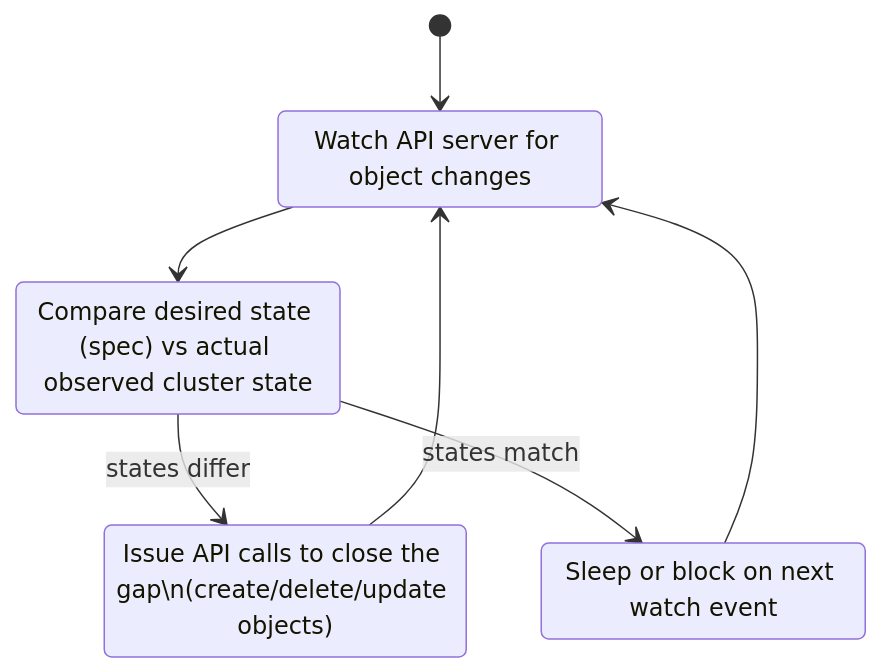
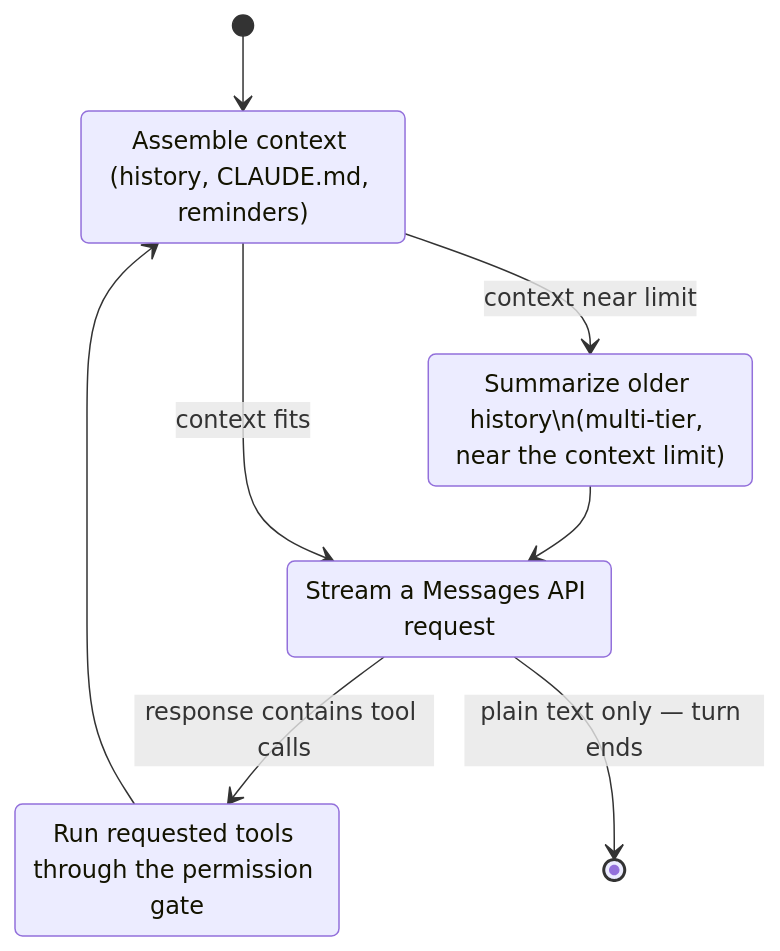
The fourth of 4 diagrams in blog/let-your-agent-draw-the-architecture.md (squiredocs/squiredocs), drawn with Mermaid before and after one commit. The commit also changed other lines of this file, not shown here.

First line of the commit message:
blog(architecture): swap the example from Kubernetes to Claude Code's internals

````diff
--- a/blog/let-your-agent-draw-the-architecture.md
+++ b/blog/let-your-agent-draw-the-architecture.md
@@ -123,14 +105,15 @@
 ```mermaid
 stateDiagram-v2
-    [*] --> Observe
-    Observe: Watch API server for object changes
-    Compare: Compare desired state (spec) vs actual observed cluster state
-    Act: Issue API calls to close the gap\n(create/delete/update objects)
-    Wait: Sleep or block on next watch event
+    [*] --> Assemble
+    Assemble: Assemble context (history, CLAUDE.md, reminders)
+    Compact: Summarize older history\n(multi-tier, near the context limit)
+    Call: Stream a Messages API request
+    Execute: Run requested tools through the permission gate
 
-    Observe --> Compare
-    Compare --> Act: states differ
-    Compare --> Wait: states match
-    Act --> Observe
-    Wait --> Observe
+    Assemble --> Compact: context near limit
+    Compact --> Call
+    Assemble --> Call: context fits
+    Call --> Execute: response contains tool calls
+    Call --> [*]: plain text only — turn ends
+    Execute --> Assemble
 ```
````
